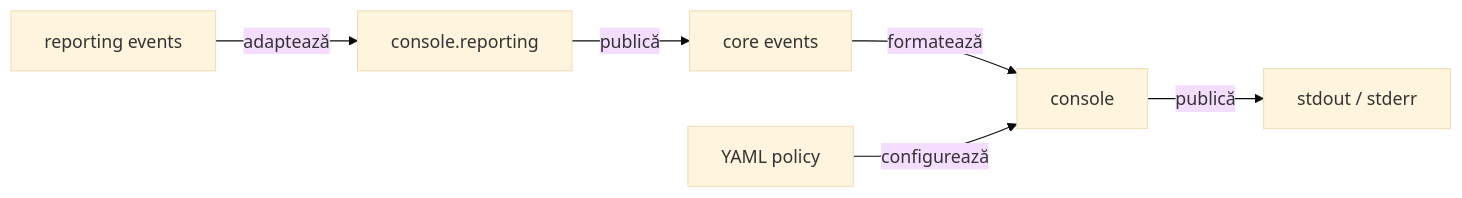
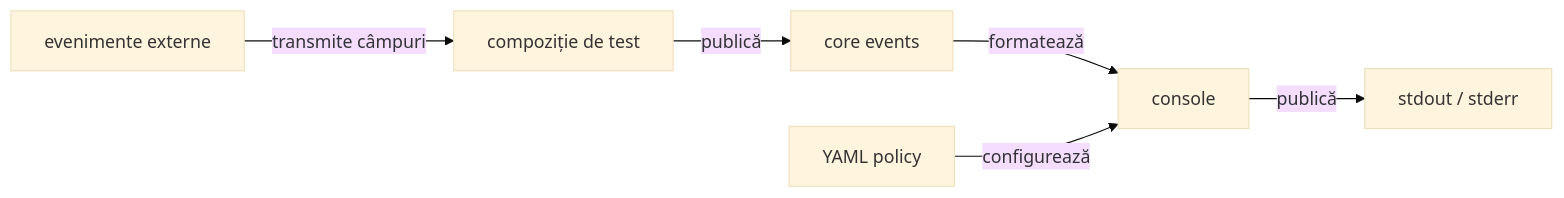
Before and after one commit to crististefanita/demo2: the diagram in atf-console/README.md, drawn with Mermaid (base theme). The commit also changed other lines of this file and 52 other files, not shown here.

Commit message:
Refine console interop and E2E evidence flows

````diff
--- a/atf-console/README.md
+++ b/atf-console/README.md
@@ -43,8 +41,8 @@
 ```mermaid
 flowchart LR
     Core[core events] -->|formatează| Console[console]
     Config[YAML policy] -->|configurează| Console
     Console -->|publică| Output[stdout / stderr]
-    Reporting[reporting events] -->|adaptează| Bridge[console.reporting]
+    Reporting[evenimente externe] -->|transmite câmpuri| Bridge[compoziție de test]
     Bridge -->|publică| Core
 ```
````
